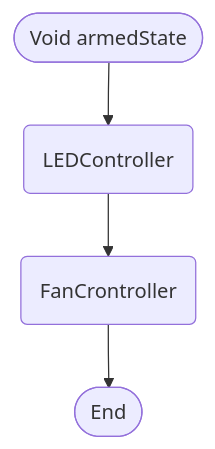
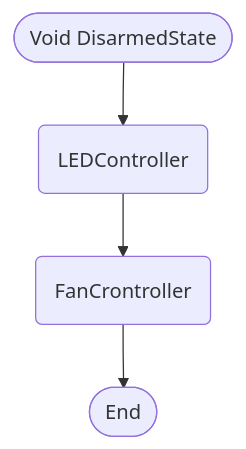
One commit to TheDjgamerProductions/Robotics2022 changed the fourth of 8 diagrams in Assessments/Assessment_2_Smart_Device_House/Logic.md. Above: the diagram before and after it, drawn with Mermaid. The commit also changed other lines of this file, not shown here.

````diff
--- a/Assessments/Assessment_2_Smart_Device_House/Logic.md
+++ b/Assessments/Assessment_2_Smart_Device_House/Logic.md
@@ -63,8 +63,8 @@
 ```mermaid
   flowchart TD
-    terminalStart([Void armedState])
+    terminalStart([Void DisarmedState])
     terminalEnd([End])
     led(LEDController)
     fan(FanCrontroller)
     terminalStart --> led --> fan --> terminalEnd
 ```
````
